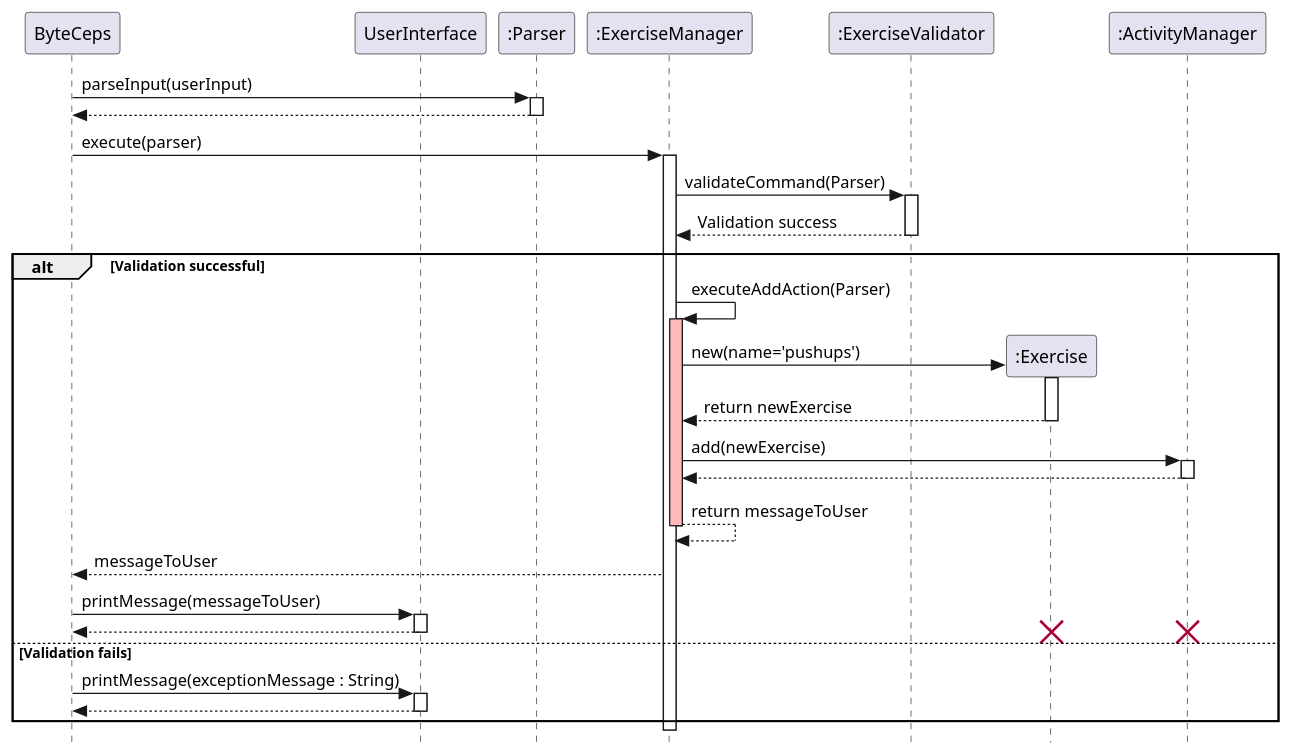
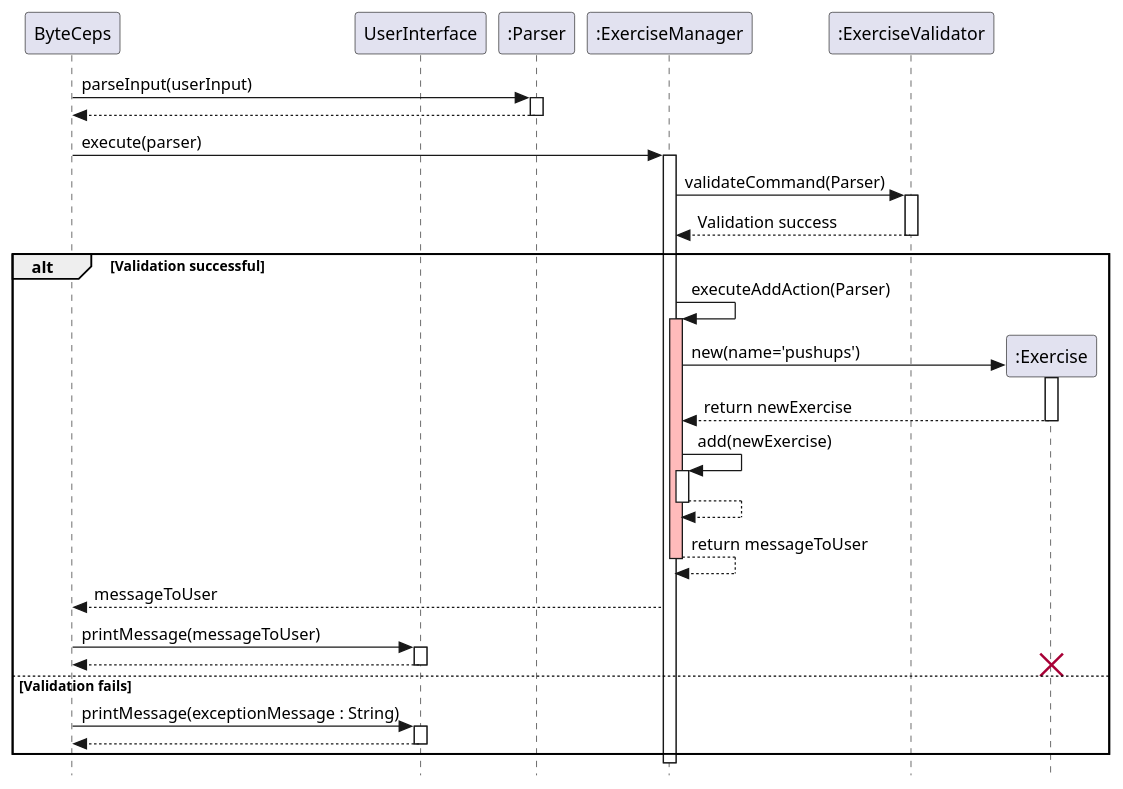
Before and after one commit to joshualeejunyi/tp: the diagram in docs/plantuml/addExercise.puml, drawn with PlantUML. The commit also changed 7 other files, not shown here.

Commit message:
Remove ActivityManager in all diagrams

```diff
--- a/docs/plantuml/addExercise.puml
+++ b/docs/plantuml/addExercise.puml
@@ -1,67 +1,60 @@
 @startuml SequenceDiagram
 
 skinparam classAttributeIconSize 0
 skinparam style strictuml
 
 participant ByteCeps as User
 participant UserInterface
-participant ":ActivityManager" as ActivityManager
 participant ":Parser" as Parser
 participant ":ExerciseManager" as ExerciseManager
 participant ":ExerciseValidator" as Validator
-
 
 User -> Parser : parseInput(userInput)
 activate Parser
 User <-- Parser
 deactivate Parser
 
 User -> ExerciseManager : execute(parser)
 activate ExerciseManager
 
 ExerciseManager -> Validator : validateCommand(Parser)
 activate Validator
 Validator --> ExerciseManager : Validation success
 deactivate Validator
 
 alt Validation successful
-
     ExerciseManager -> ExerciseManager : executeAddAction(Parser)
     activate ExerciseManager #FFBBBB
 
     create ":Exercise" as Exercise
     ExerciseManager -> Exercise : new(name='pushups')
     activate Exercise
     Exercise --> ExerciseManager : return newExercise
     deactivate Exercise
 
-    create ":ActivityManager" as ActivityManager
-    ExerciseManager -> ActivityManager : add(newExercise)
-    activate ActivityManager
-    ActivityManager --> ExerciseManager :
-    deactivate ActivityManager
-
+    ExerciseManager -> ExerciseManager : add(newExercise)
+    activate ExerciseManager
+    ExerciseManager --> ExerciseManager :
+    deactivate ExerciseManager #FFBBBB
 
     ExerciseManager --> ExerciseManager : return messageToUser
-    deactivate ExerciseManager #FFBBBB
+    deactivate ExerciseManager
+
     ExerciseManager --> User: messageToUser
     User -> UserInterface: printMessage(messageToUser)
     activate UserInterface
     UserInterface --> User
     deactivate UserInterface
     destroy Exercise
-    destroy ActivityManager
 
 else Validation fails
     User -> UserInterface: printMessage(exceptionMessage : String)
     activate UserInterface
     UserInterface --> User:
     deactivate UserInterface
 end
 
 deactivate ExerciseManager
 deactivate Parser
 
-
-
 @enduml
```
